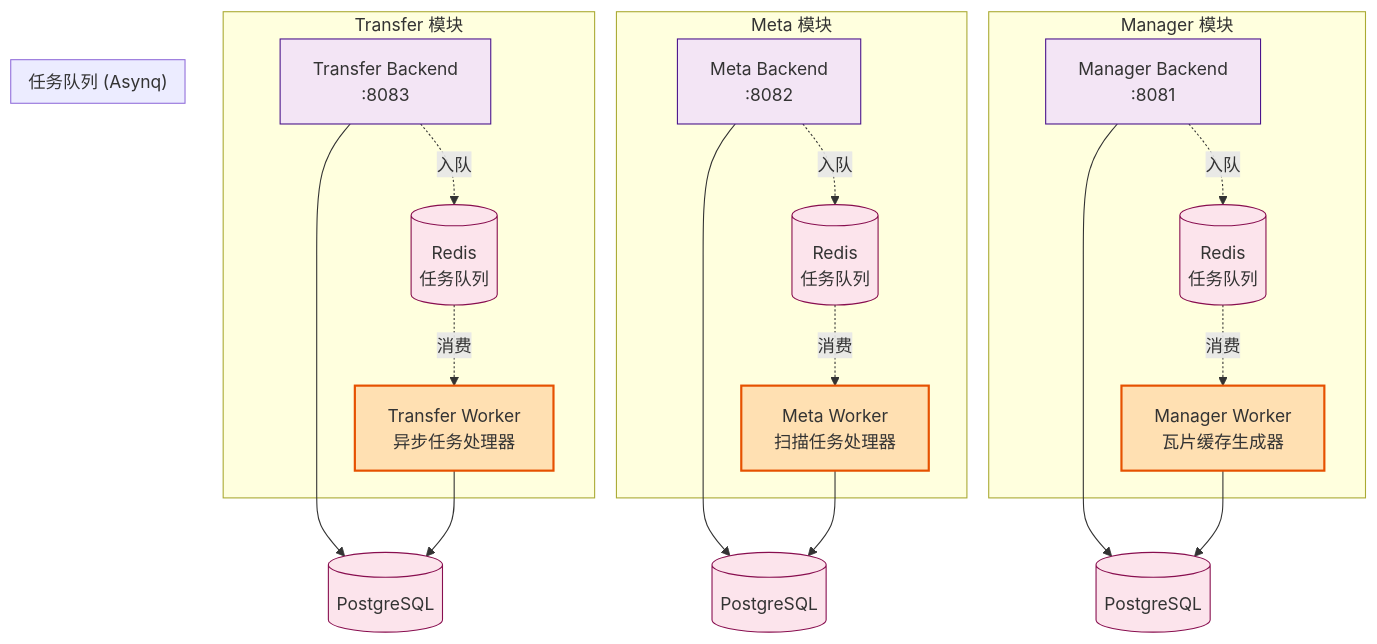
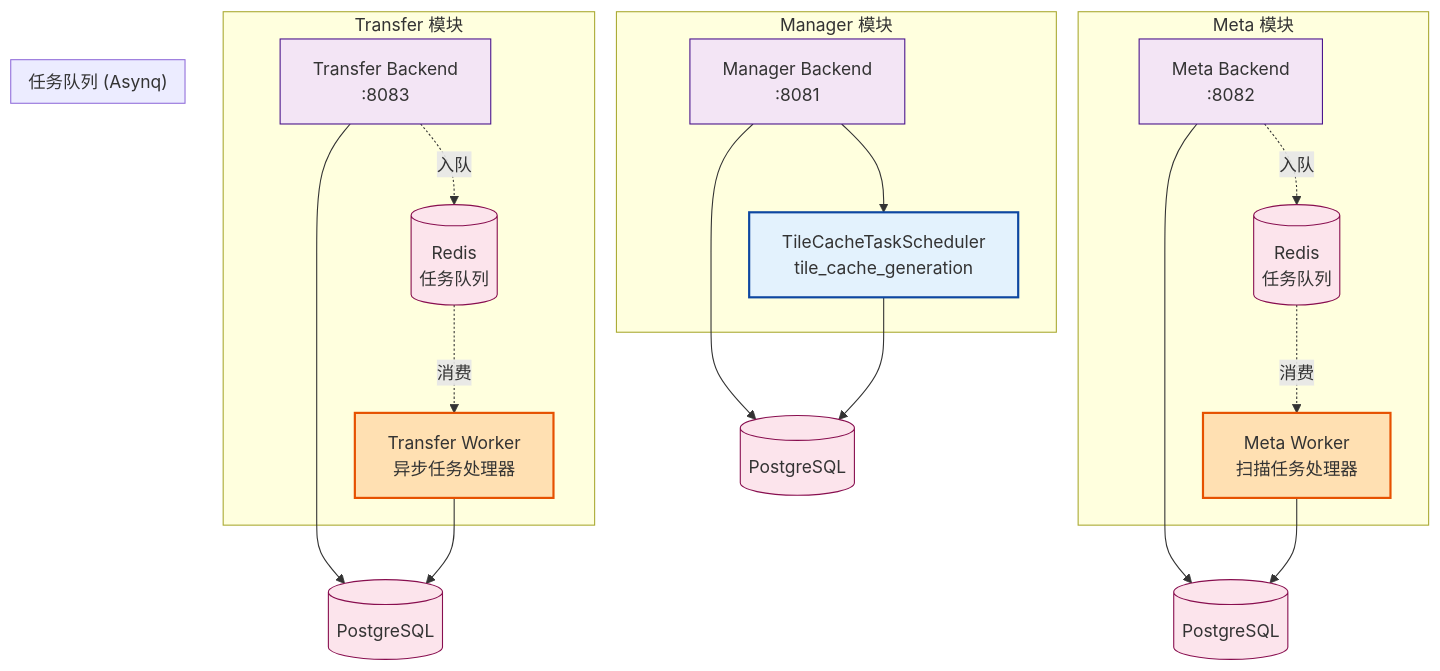
One commit to pampa0629/addp changed the fourth of 12 diagrams in docs/concepts/addp模块架构图.md. Above: the diagram before and after it, drawn with Mermaid. The commit also changed other lines of this file and 136 other files, not shown here.

````diff
--- a/docs/concepts/addp模块架构图.md
+++ b/docs/concepts/addp模块架构图.md
@@ -277,44 +273,44 @@
 ```mermaid
 graph TB
     subgraph "Transfer 模块"
         TB[Transfer Backend<br/>:8083]
         TW[Transfer Worker<br/>异步任务处理器]
         TB -.入队.-> Redis
         Redis -.消费.-> TW
     end
 
     subgraph "Meta 模块"
         MB[Meta Backend<br/>:8082]
         MW[Meta Worker<br/>扫描任务处理器]
         MB -.入队.-> Redis2[Redis]
         Redis2 -.消费.-> MW
     end
 
     subgraph "Manager 模块"
         MB2[Manager Backend<br/>:8081]
-        MW2[Manager Worker<br/>瓦片缓存生成器]
-        MB2 -.入队.-> Redis3[Redis]
-        Redis3 -.消费.-> MW2
+        TCS[TileCacheTaskScheduler<br/>tile_cache_generation]
+        MB2 --> TCS
     end
 
     subgraph "任务队列 (Asynq)"
         Redis[(Redis<br/>任务队列)]
         Redis2[(Redis<br/>任务队列)]
-        Redis3[(Redis<br/>任务队列)]
     end
 
     TB --> PostgreSQL[(PostgreSQL)]
     TW --> PostgreSQL
     MB --> PostgreSQL2[(PostgreSQL)]
     MW --> PostgreSQL2
     MB2 --> PostgreSQL3[(PostgreSQL)]
-    MW2 --> PostgreSQL3
+    TCS --> PostgreSQL3
 
     classDef backend fill:#f3e5f5,stroke:#4a148c
     classDef worker fill:#ffe0b2,stroke:#e65100,stroke-width:2px
+    classDef scheduler fill:#e3f2fd,stroke:#0d47a1,stroke-width:2px
     classDef infra fill:#fce4ec,stroke:#880e4f
 
     class TB,MB,MB2 backend
-    class TW,MW,MW2 worker
-    class Redis,Redis2,Redis3,PostgreSQL,PostgreSQL2,PostgreSQL3 infra
+    class TW,MW worker
+    class TCS scheduler
+    class Redis,Redis2,PostgreSQL,PostgreSQL2,PostgreSQL3 infra
 ```
````
